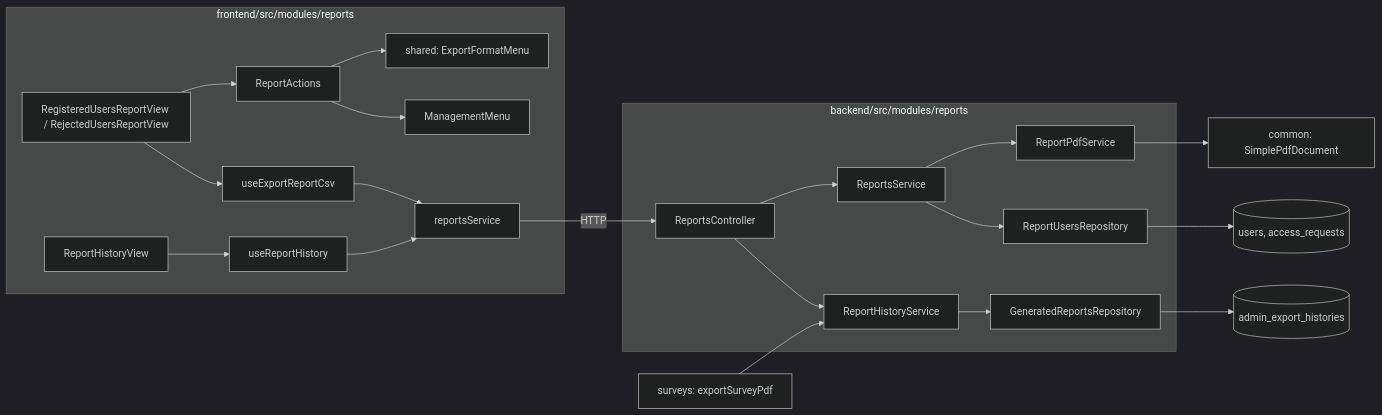
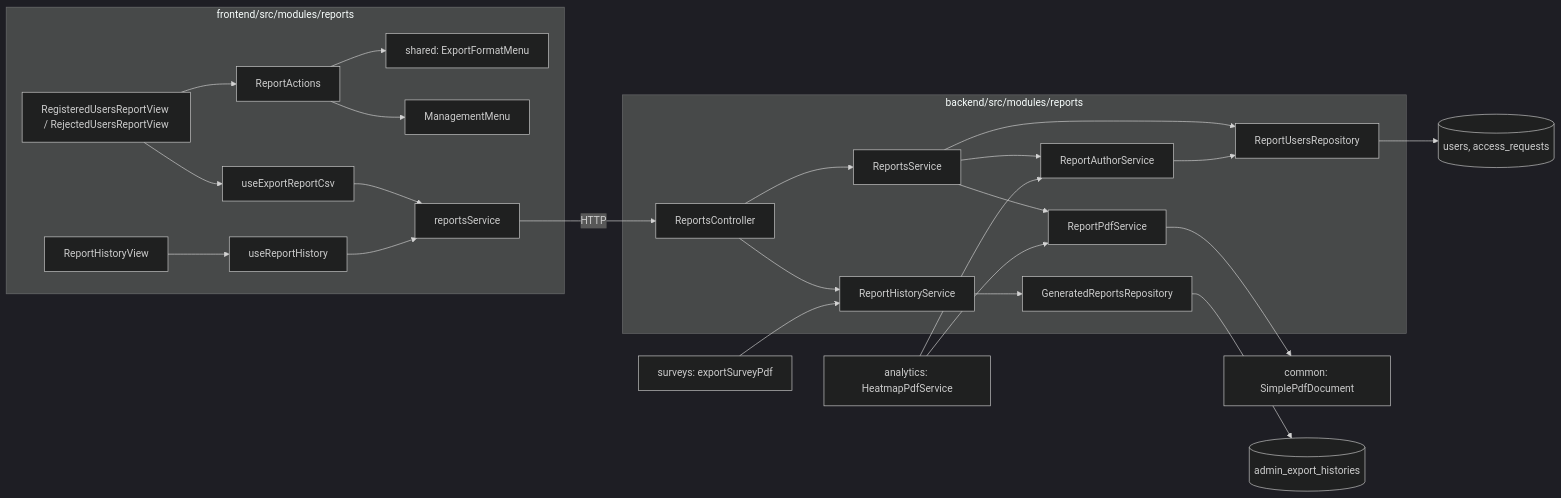
One commit to NicolasMG-dev/Epic-4---IS changed the first of 2 diagrams in docs/reports/README.md. Above: the diagram before and after it, drawn with Mermaid (dark theme). The commit also changed other lines of this file and 511 other files, not shown here.

````diff
--- a/docs/reports/README.md
+++ b/docs/reports/README.md
@@ -21,24 +21,28 @@
 ```mermaid
 flowchart LR
   subgraph Frontend["frontend/src/modules/reports"]
     RV[RegisteredUsersReportView / RejectedUsersReportView] --> RA[ReportActions]
     RA --> EFM[shared: ExportFormatMenu]
     RA --> MM[ManagementMenu]
     RV --> EX[useExportReportCsv]
     HV[ReportHistoryView] --> HH[useReportHistory]
     EX --> RS[reportsService]
     HH --> RS
   end
   RS -->|HTTP| RC[ReportsController]
   subgraph Backend["backend/src/modules/reports"]
     RC --> SVC[ReportsService]
     RC --> HS[ReportHistoryService]
     SVC --> PDF[ReportPdfService]
+    SVC --> AU[ReportAuthorService]
     SVC --> UR[ReportUsersRepository]
+    AU --> UR
     HS --> GR[GeneratedReportsRepository]
   end
   PDF --> SPD[common: SimplePdfDocument]
   UR --> DB[(users, access_requests)]
   GR --> DB2[(admin_export_histories)]
   SURV[surveys: exportSurveyPdf] --> HS
+  HM[analytics: HeatmapPdfService] --> PDF
+  HM --> AU
 ```
````
